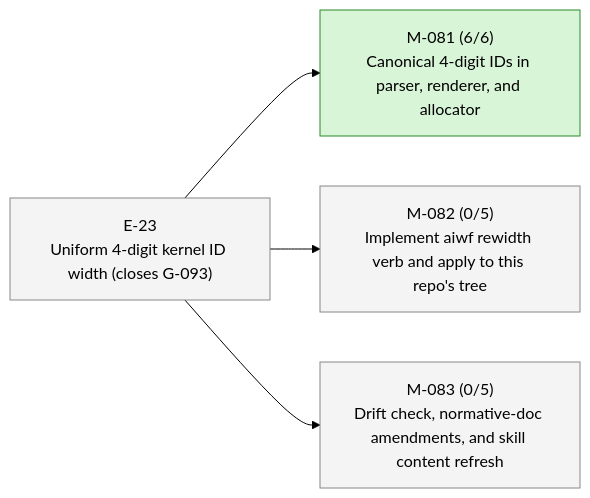
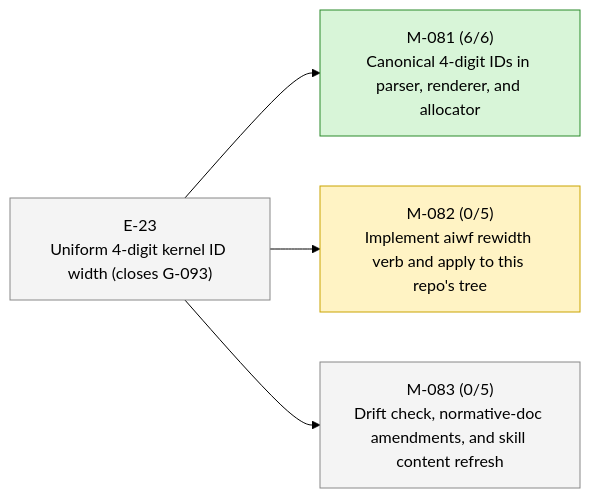
Before and after one commit to 23min/aiwf: the second of 2 diagrams in STATUS.md, drawn with Mermaid (forest theme). The commit also changed other lines of this file and 1 other file, not shown here.

First line of the commit message:
aiwf promote M-082 draft -> in_progress

````diff
--- a/STATUS.md
+++ b/STATUS.md
@@ -47,16 +47,16 @@
 ```mermaid
 flowchart LR
   E_23["E-23<br/>Uniform 4-digit kernel ID width (closes G-093)"]:::epic_proposed
   M_081["M-081 (6/6)<br/>Canonical 4-digit IDs in parser, renderer, and allocator"]:::ms_done
   E_23 --> M_081
-  M_082["M-082 (0/5)<br/>Implement aiwf rewidth verb and apply to this repo's tree"]:::ms_draft
+  M_082["M-082 (0/5)<br/>Implement aiwf rewidth verb and apply to this repo's tree"]:::ms_in_progress
   E_23 --> M_082
   M_083["M-083 (0/5)<br/>Drift check, normative-doc amendments, and skill content refresh"]:::ms_draft
   E_23 --> M_083
   classDef epic_active fill:#d6eaff,stroke:#1a73e8,color:#000
   classDef epic_proposed fill:#f4f4f4,stroke:#888,color:#000
   classDef ms_done fill:#d8f5d8,stroke:#2a8a2a,color:#000
   classDef ms_in_progress fill:#fff3c4,stroke:#caa400,color:#000
   classDef ms_draft fill:#f4f4f4,stroke:#888,color:#000
   classDef ms_cancelled fill:#fbeaea,stroke:#c33,color:#000
 ```
````
